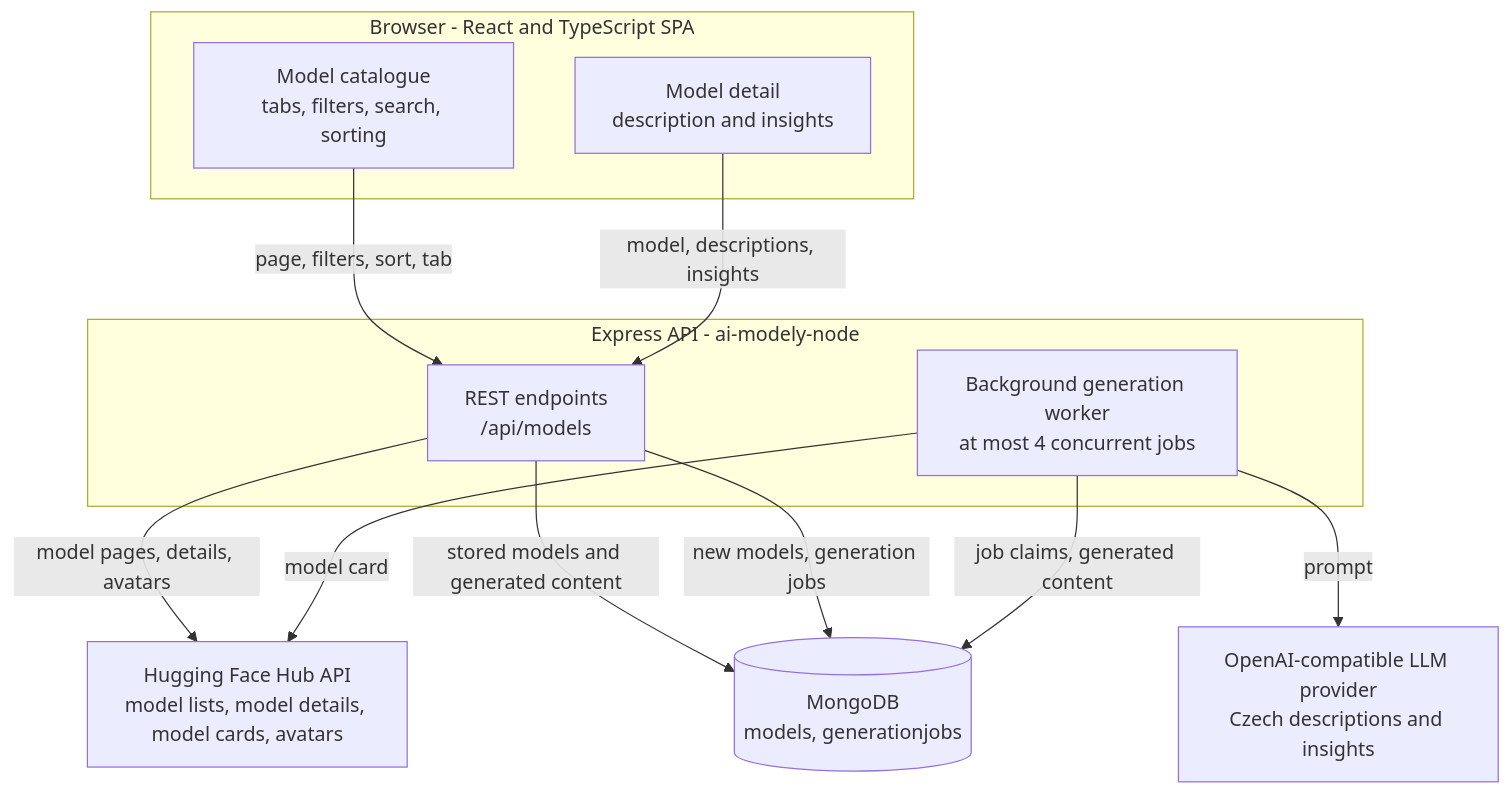
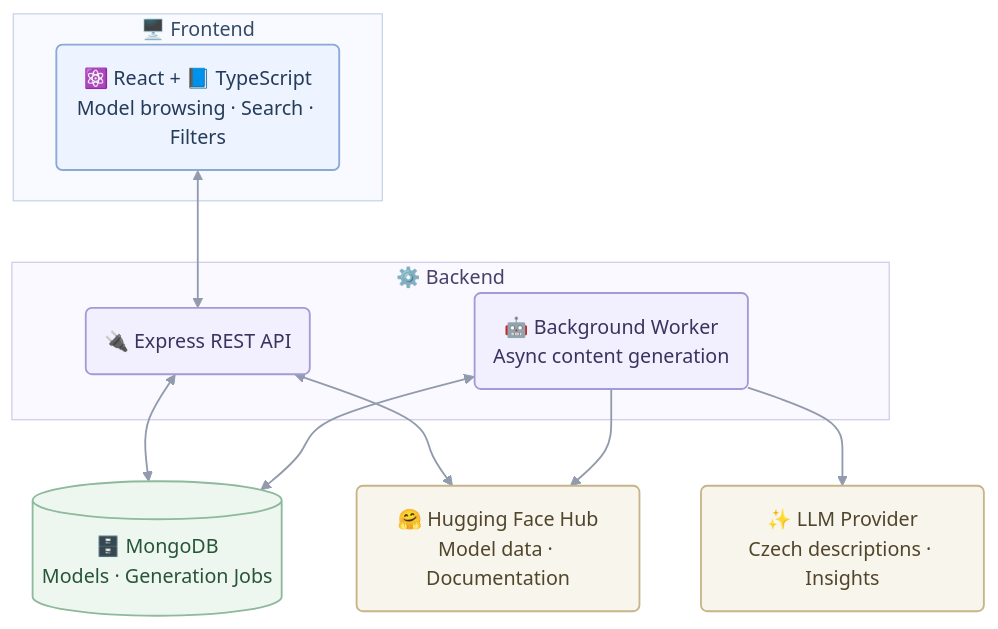
Before and after one commit to petravrob/ai-model-explorer: the diagram in README.md, drawn with Mermaid. The commit also changed other lines of this file and 2 other files, not shown here.

````diff
--- a/README.md
+++ b/README.md
@@ -75,25 +68,38 @@
 ```mermaid
 flowchart TB
-    subgraph Browser["Browser - React and TypeScript SPA"]
-        Catalogue["Model catalogue<br/>tabs, filters, search, sorting"]
-        Detail["Model detail<br/>description and insights"]
+    subgraph FE["🖥️ Frontend"]
+        UI("⚛️ React + 📘 TypeScript<br/>Model browsing · Search · Filters")
     end
 
-    subgraph Server["Express API - ai-modely-node"]
-        Api["REST endpoints<br/>/api/models"]
-        Worker["Background generation worker<br/>at most 4 concurrent jobs"]
+    subgraph BE["⚙️ Backend"]
+        API("🔌 Express REST API")
+        WORKER("🤖 Background Worker<br/>Async content generation")
     end
 
-    HF["Hugging Face Hub API<br/>model lists, model details, model cards, avatars"]
-    LLM["OpenAI-compatible LLM provider<br/>Czech descriptions and insights"]
-    DB[("MongoDB<br/>models, generationjobs")]
+    DB[("🗄️ MongoDB<br/>Models · Generation Jobs")]
+    HF("🤗 Hugging Face Hub<br/>Model data · Documentation")
+    LLM("✨ LLM Provider<br/>Czech descriptions · Insights")
 
-    Catalogue -->|page, filters, sort, tab| Api
-    Detail -->|model, descriptions, insights| Api
-    Api -->|model pages, details, avatars| HF
-    Api -->|stored models and generated content| DB
-    Api -->|new models, generation jobs| DB
-    Worker -->|job claims, generated content| DB
-    Worker -->|model card| HF
-    Worker -->|prompt| LLM
+    UI <--> API
+    API <--> DB
+    API <--> HF
+
+    WORKER <--> DB
+    WORKER --> HF
+    WORKER --> LLM
+
+    classDef frontend fill:#edf4ff,stroke:#8aa9d6,color:#243b5a,stroke-width:1.5px
+    classDef backend fill:#f2f0ff,stroke:#a49ad6,color:#39335f,stroke-width:1.5px
+    classDef storage fill:#edf7f0,stroke:#8eb99a,color:#285438,stroke-width:1.5px
+    classDef external fill:#f8f5ed,stroke:#c6b58a,color:#51452c,stroke-width:1.5px
+
+    class UI frontend
+    class API,WORKER backend
+    class DB storage
+    class HF,LLM external
+
+    style FE fill:#f8faff,stroke:#c4d3e8,color:#344b68
+    style BE fill:#faf9ff,stroke:#d0c9eb,color:#48416a
+
+    linkStyle default stroke:#929bad,stroke-width:1.5px
 ```
````
